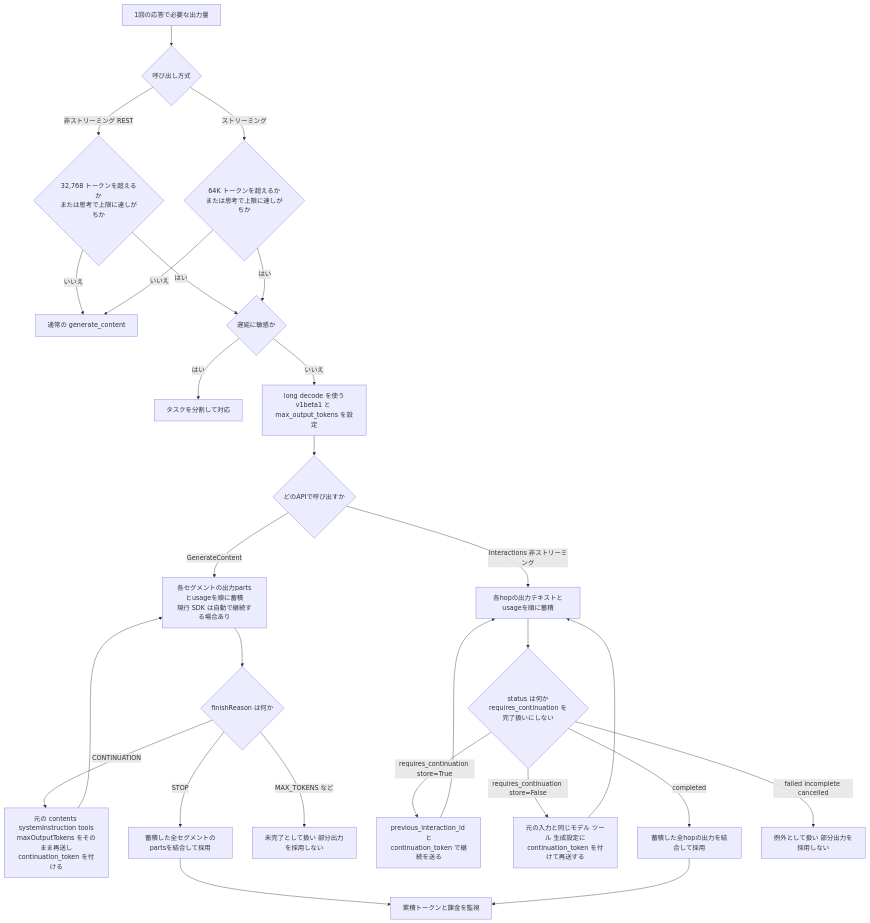
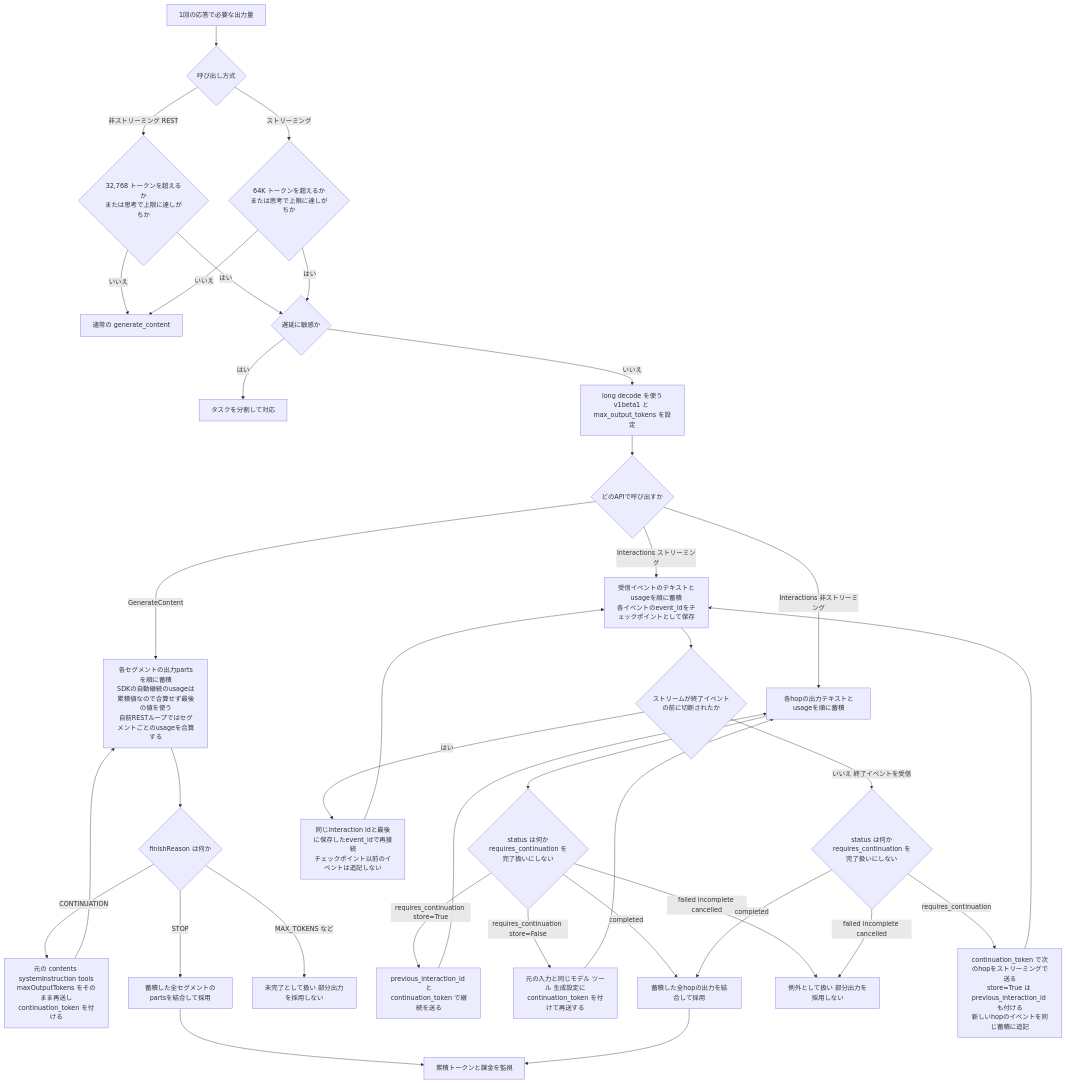
The fifth of 9 diagrams in Gemini-4-carbon-guide.md (myoshi2891/Comparison-of-LLMs), drawn with Mermaid before and after one commit. The commit also changed other lines of this file and 3 other files, not shown here.

````diff
--- a/Gemini-4-carbon-guide.md
+++ b/Gemini-4-carbon-guide.md
@@ -339,29 +342,38 @@
 ```mermaid
 flowchart TD
     A["1回の応答で必要な出力量"] --> M{"呼び出し方式"}
     M -- "ストリーミング" --> B{"64K トークンを超えるか<br/>または思考で上限に達しがちか"}
     M -- "非ストリーミング REST" --> NB{"32,768 トークンを超えるか<br/>または思考で上限に達しがちか"}
     NB -- "いいえ" --> C
     NB -- "はい" --> D
     B -- "いいえ" --> C["通常の generate_content"]
     B -- "はい" --> D{"遅延に敏感か"}
     D -- "はい" --> E["タスクを分割して対応"]
     D -- "いいえ" --> F["long decode を使う<br/>v1beta1 と max_output_tokens を設定"]
     F --> API{"どのAPIで呼び出すか"}
-    API -- "GenerateContent" --> GACC["各セグメントの出力partsとusageを順に蓄積<br/>現行 SDK は自動で継続する場合あり"]
+    API -- "GenerateContent" --> GACC["各セグメントの出力partsを順に蓄積<br/>SDKの自動継続のusageは累積値なので合算せず最後の値を使う<br/>自前RESTループではセグメントごとのusageを合算する"]
     GACC --> CONT{"finishReason は何か"}
     CONT -- "CONTINUATION" --> NEXT["元の contents systemInstruction tools<br/>maxOutputTokens をそのまま再送し<br/>continuation_token を付ける"]
     NEXT --> GACC
     CONT -- "STOP" --> GJOIN["蓄積した全セグメントのpartsを結合して採用"]
     GJOIN --> G["累積トークンと課金を監視"]
     CONT -- "MAX_TOKENS など" --> GERR["未完了として扱い 部分出力を採用しない"]
     API -- "Interactions 非ストリーミング" --> ACC["各hopの出力テキストとusageを順に蓄積"]
     ACC --> IST{"status は何か<br/>requires_continuation を完了扱いにしない"}
     IST -- "requires_continuation store=True" --> ISS["previous_interaction_id と<br/>continuation_token で継続を送る"]
     IST -- "requires_continuation store=False" --> ISL["元の入力と同じモデル ツール 生成設定に<br/>continuation_token を付けて再送する"]
     ISS --> ACC
     ISL --> ACC
     IST -- "completed" --> JOIN["蓄積した全hopの出力を結合して採用"]
     JOIN --> G
     IST -- "failed incomplete cancelled" --> ERR["例外として扱い 部分出力を採用しない"]
+    API -- "Interactions ストリーミング" --> SACC["受信イベントのテキストとusageを順に蓄積<br/>各イベントのevent_idをチェックポイントとして保存"]
+    SACC --> SDROP{"ストリームが終了イベントの前に切断されたか"}
+    SDROP -- "はい" --> SRES["同じinteraction idと最後に保存したevent_idで再接続<br/>チェックポイント以前のイベントは追記しない"]
+    SRES --> SACC
+    SDROP -- "いいえ 終了イベントを受信" --> SST{"status は何か<br/>requires_continuation を完了扱いにしない"}
+    SST -- "requires_continuation" --> SCONT["continuation_token で次のhopをストリーミングで送る<br/>store=True は previous_interaction_id も付ける<br/>新しいhopのイベントを同じ蓄積に追記"]
+    SCONT --> SACC
+    SST -- "completed" --> JOIN
+    SST -- "failed incomplete cancelled" --> ERR
 ```
````
